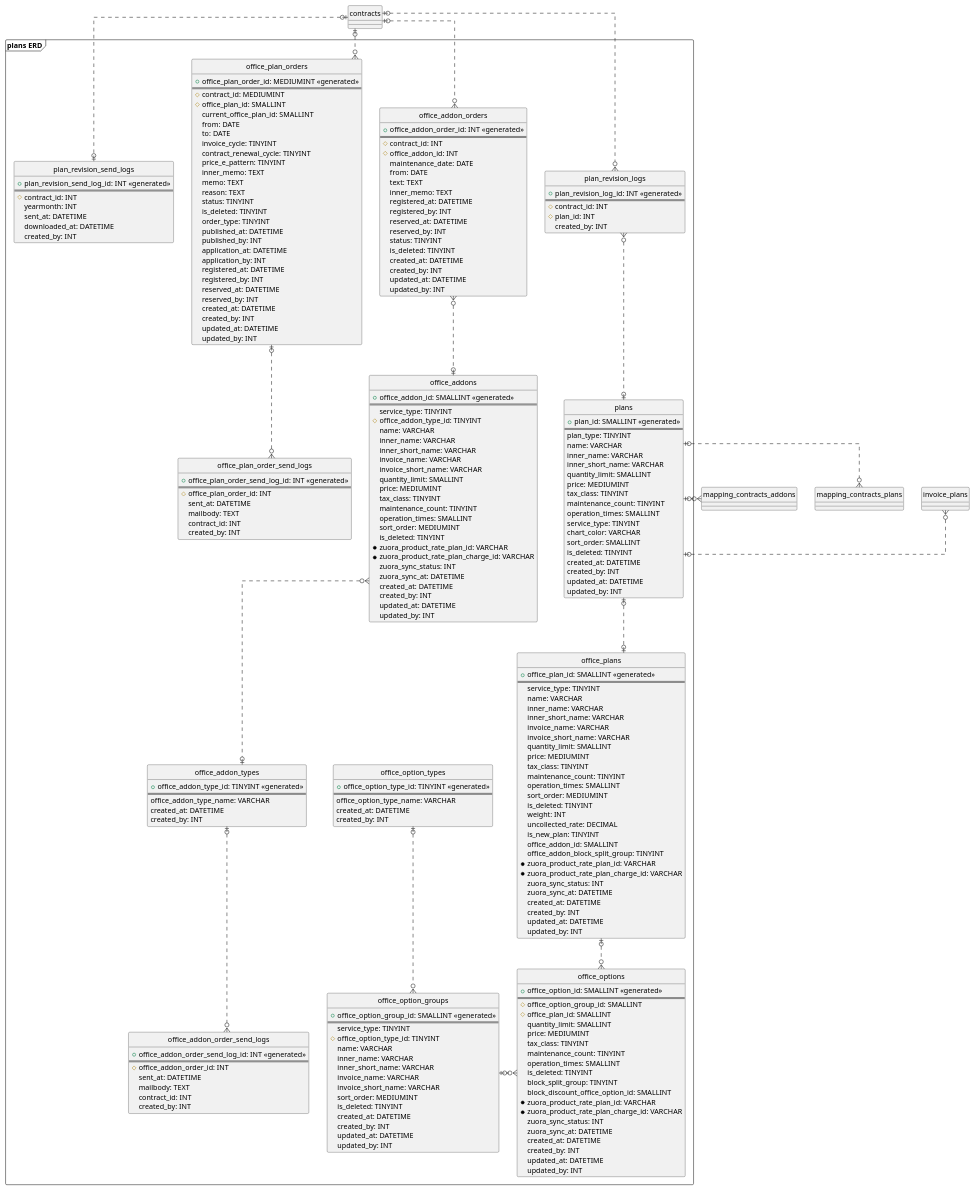
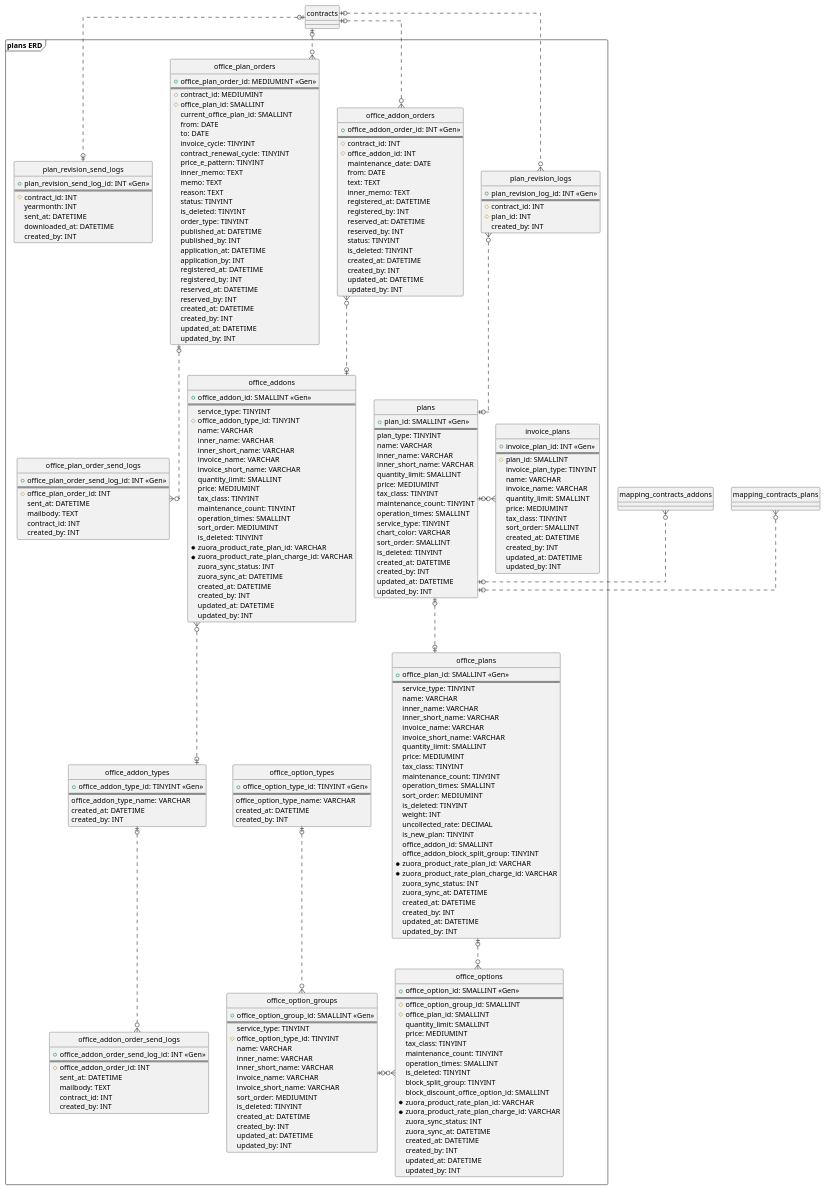
The diagram in subsystem/plans_erd.pu (kim-yuchul-okan/subsystem-erd), drawn with PlantUML before and after one commit. The commit also changed 13 other files, not shown here.

```diff
--- a/subsystem/plans_erd.pu
+++ b/subsystem/plans_erd.pu
@@ -8,21 +8,21 @@
 
 frame "plans ERD" {
   entity "office_addon_types" {
-    + office_addon_type_id: TINYINT <<generated>>
+    + office_addon_type_id: TINYINT <<Gen>>
     ==
     office_addon_type_name: VARCHAR
     created_at: DATETIME
     created_by: INT
   }
   entity "office_option_types" {
-    + office_option_type_id: TINYINT <<generated>>
+    + office_option_type_id: TINYINT <<Gen>>
     ==
     office_option_type_name: VARCHAR
     created_at: DATETIME
     created_by: INT
   }
   entity "office_addon_order_send_logs" {
-    + office_addon_order_send_log_id: INT <<generated>>
+    + office_addon_order_send_log_id: INT <<Gen>>
     ==
     # office_addon_order_id: INT
     sent_at: DATETIME
@@ -31,7 +31,7 @@
     created_by: INT
   }
   entity "office_addon_orders" {
-    + office_addon_order_id: INT <<generated>>
+    + office_addon_order_id: INT <<Gen>>
     ==
     # contract_id: INT
     # office_addon_id: INT
@@ -51,7 +51,7 @@
     updated_by: INT
   }
   entity "office_addons" {
-    + office_addon_id: SMALLINT <<generated>>
+    + office_addon_id: SMALLINT <<Gen>>
     ==
     service_type: TINYINT
     # office_addon_type_id: TINYINT
@@ -77,7 +77,7 @@
     updated_by: INT
   }
   entity "office_option_groups" {
-    + office_option_group_id: SMALLINT <<generated>>
+    + office_option_group_id: SMALLINT <<Gen>>
     ==
     service_type: TINYINT
     # office_option_type_id: TINYINT
@@ -94,7 +94,7 @@
     updated_by: INT
   }
   entity "office_options" {
-    + office_option_id: SMALLINT <<generated>>
+    + office_option_id: SMALLINT <<Gen>>
     ==
     # office_option_group_id: SMALLINT
     # office_plan_id: SMALLINT
@@ -116,7 +116,7 @@
     updated_by: INT
   }
   entity "office_plan_order_send_logs" {
-    + office_plan_order_send_log_id: INT <<generated>>
+    + office_plan_order_send_log_id: INT <<Gen>>
     ==
     # office_plan_order_id: INT
     sent_at: DATETIME
@@ -125,7 +125,7 @@
     created_by: INT
   }
   entity "office_plan_orders" {
-    + office_plan_order_id: MEDIUMINT <<generated>>
+    + office_plan_order_id: MEDIUMINT <<Gen>>
     ==
     # contract_id: MEDIUMINT
     # office_plan_id: SMALLINT
@@ -155,7 +155,7 @@
     updated_by: INT
   }
   entity "office_plans" {
-    + office_plan_id: SMALLINT <<generated>>
+    + office_plan_id: SMALLINT <<Gen>>
     ==
     service_type: TINYINT
     name: VARCHAR
@@ -185,14 +185,14 @@
     updated_by: INT
   }
   entity "plan_revision_logs" {
-    + plan_revision_log_id: INT <<generated>>
+    + plan_revision_log_id: INT <<Gen>>
     ==
     # contract_id: INT
     # plan_id: INT
     created_by: INT
   }
   entity "plan_revision_send_logs" {
-    + plan_revision_send_log_id: INT <<generated>>
+    + plan_revision_send_log_id: INT <<Gen>>
     ==
     # contract_id: INT
     yearmonth: INT
@@ -201,7 +201,7 @@
     created_by: INT
   }
   entity "plans" {
-    + plan_id: SMALLINT <<generated>>
+    + plan_id: SMALLINT <<Gen>>
     ==
     plan_type: TINYINT
     name: VARCHAR
@@ -221,7 +221,23 @@
     updated_at: DATETIME
     updated_by: INT
   }
-
+  entity "invoice_plans" {
+    + invoice_plan_id: INT <<Gen>>
+    ==
+    # plan_id: SMALLINT
+    invoice_plan_type: TINYINT
+    name: VARCHAR
+    invoice_name: VARCHAR
+    quantity_limit: SMALLINT
+    price: MEDIUMINT
+    tax_class: TINYINT
+    sort_order: SMALLINT
+    created_at: DATETIME
+    created_by: INT
+    updated_at: DATETIME
+    updated_by: INT
+  }
+  plans |o.r.o{ invoice_plans
   plans |o.d.o| office_plans
   plans |o.u.o{ plan_revision_logs
   office_plans |o.d.o{ office_options
@@ -239,6 +255,5 @@
 contracts |o..o| plan_revision_send_logs
 plans |o.r.o{ mapping_contracts_addons
 plans |o.r.o{ mapping_contracts_plans
-plans |o.r.o{ invoice_plans
 
 @enduml
```
